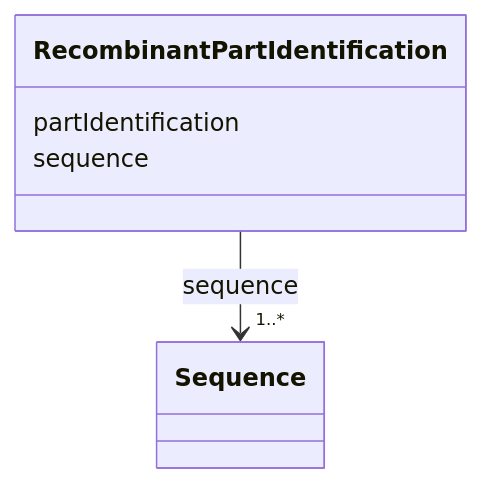
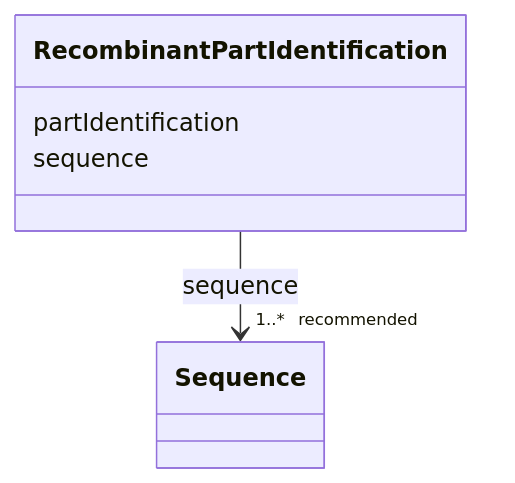
Before and after one commit to EVORA-project/evora-ontology: the diagram in models/docs/RecombinantPartIdentification.md, drawn with Mermaid. The commit also changed other lines of this file and 1187 other files, not shown here.

````diff
--- a/models/docs/RecombinantPartIdentification.md
+++ b/models/docs/RecombinantPartIdentification.md
@@ -19,17 +19,17 @@
 ```mermaid
  classDiagram
     class RecombinantPartIdentification
     click RecombinantPartIdentification href "../RecombinantPartIdentification"
       RecombinantPartIdentification : partIdentification
         
       RecombinantPartIdentification : sequence
         
           
     
     
-    RecombinantPartIdentification --> "1..*" Sequence : sequence
+    RecombinantPartIdentification --> "1..* _recommended_" Sequence : sequence
     click Sequence href "../Sequence"
 
         
       
 ```
````
